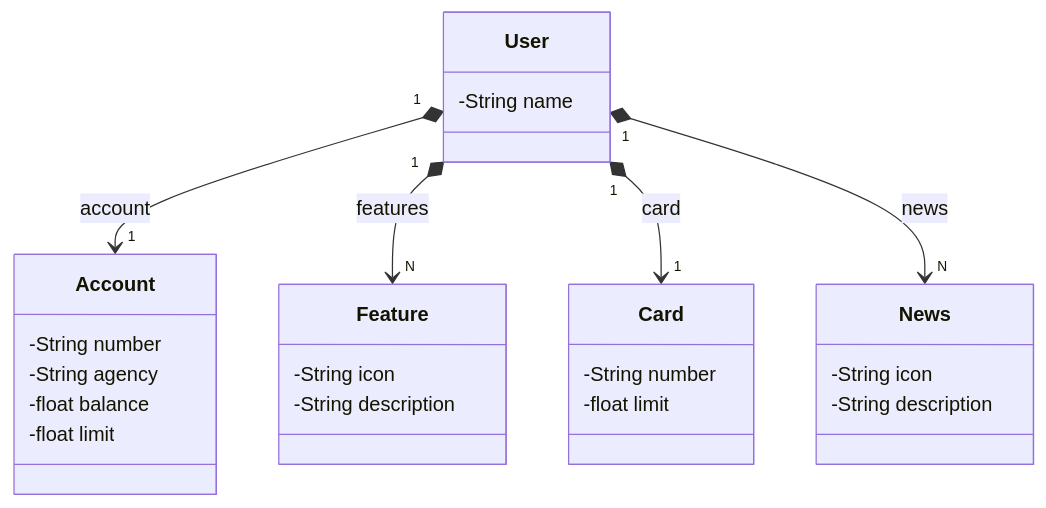
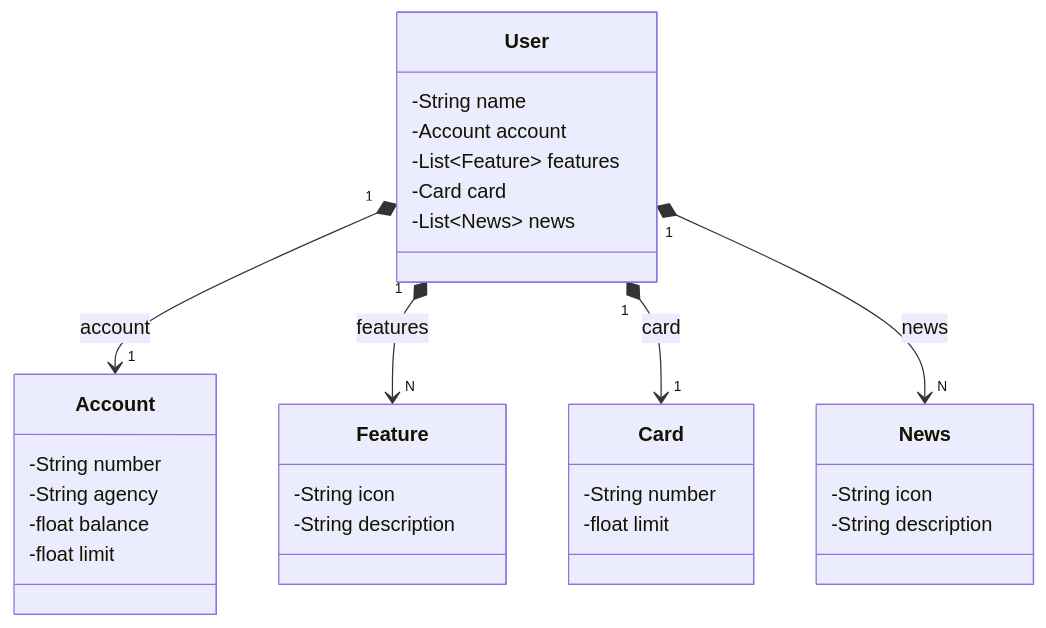
Before and after one commit to isaquenobre/publicando_apirest_na_nuvem: the diagram in README.md, drawn with Mermaid.

Commit message:
Add account and features to User class diagram

````diff
--- a/README.md
+++ b/README.md
@@ -5,34 +5,38 @@
 ```mermaid
 classDiagram
     class User {
         -String name
+        -Account account
+        -List~Feature~ features
+        -Card card
+        -List~News~ news
     }
 
     class Account {
         -String number
         -String agency
         -float balance
         -float limit
     }
 
     class Feature {
         -String icon
         -String description
     }
 
     class Card {
         -String number
         -float limit
     }
 
     class News {
         -String icon
         -String description
     }
 
     User "1" *--> "1" Account : account
     User "1" *--> "N" Feature : features
     User "1" *--> "1" Card : card
     User "1" *--> "N" News : news
 
 ```
````
